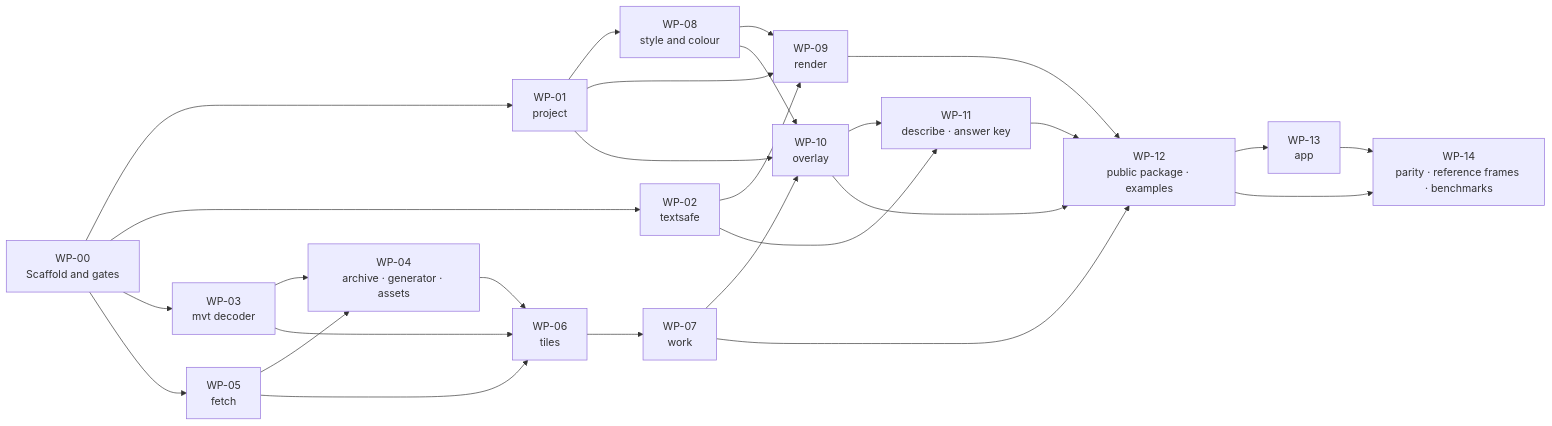
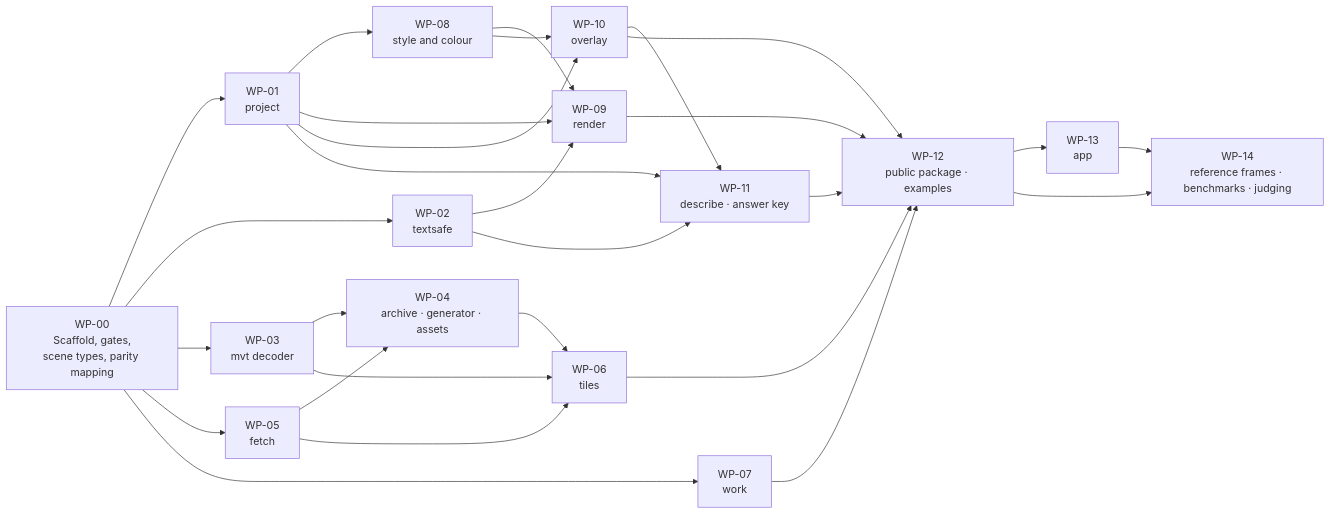
Before and after one commit to branden-thompson/go-tuimaps: the diagram in 06_docs/02_features/go-tuimaps/04-development/implementation-plan.md, drawn with Mermaid. The commit also changed other lines of this file and 1 other file, not shown here.

First line of the commit message:
docs(plan): the implementation plan reworked after the red-team — 263 tasks, parity mapped first

````diff
--- a/06_docs/02_features/go-tuimaps/04-development/implementation-plan.md
+++ b/06_docs/02_features/go-tuimaps/04-development/implementation-plan.md
@@ -66,29 +71,30 @@
 ```mermaid
 flowchart LR
-    WP00["WP-00<br/>Scaffold and gates"] --> WP01["WP-01<br/>project"]
+    WP00["WP-00<br/>Scaffold, gates,<br/>scene types, parity mapping"] --> WP01["WP-01<br/>project"]
     WP00 --> WP02["WP-02<br/>textsafe"]
     WP00 --> WP03["WP-03<br/>mvt decoder"]
     WP00 --> WP05["WP-05<br/>fetch"]
+    WP00 --> WP07["WP-07<br/>work"]
     WP03 --> WP04["WP-04<br/>archive · generator · assets"]
     WP05 --> WP04
     WP03 --> WP06["WP-06<br/>tiles"]
+    WP04 --> WP06
     WP05 --> WP06
-    WP04 --> WP06
-    WP06 --> WP07["WP-07<br/>work"]
     WP01 --> WP08["WP-08<br/>style and colour"]
     WP01 --> WP09["WP-09<br/>render"]
     WP02 --> WP09
     WP08 --> WP09
     WP01 --> WP10["WP-10<br/>overlay"]
     WP08 --> WP10
-    WP07 --> WP10
-    WP10 --> WP11["WP-11<br/>describe · answer key"]
+    WP01 --> WP11["WP-11<br/>describe · answer key"]
     WP02 --> WP11
-    WP07 --> WP12["WP-12<br/>public package · examples"]
+    WP10 --> WP11
+    WP06 --> WP12["WP-12<br/>public package · examples"]
+    WP07 --> WP12
     WP09 --> WP12
     WP10 --> WP12
     WP11 --> WP12
     WP12 --> WP13["WP-13<br/>app"]
-    WP12 --> WP14["WP-14<br/>parity · reference frames · benchmarks"]
+    WP12 --> WP14["WP-14<br/>reference frames · benchmarks · judging"]
     WP13 --> WP14
 ```
````
